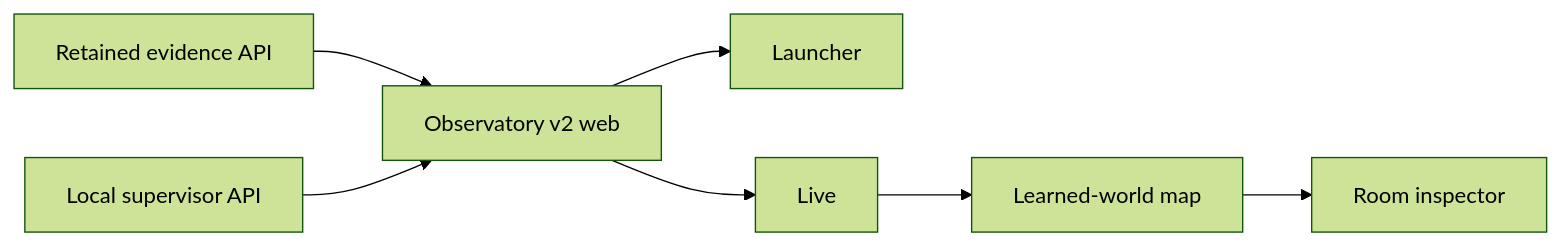
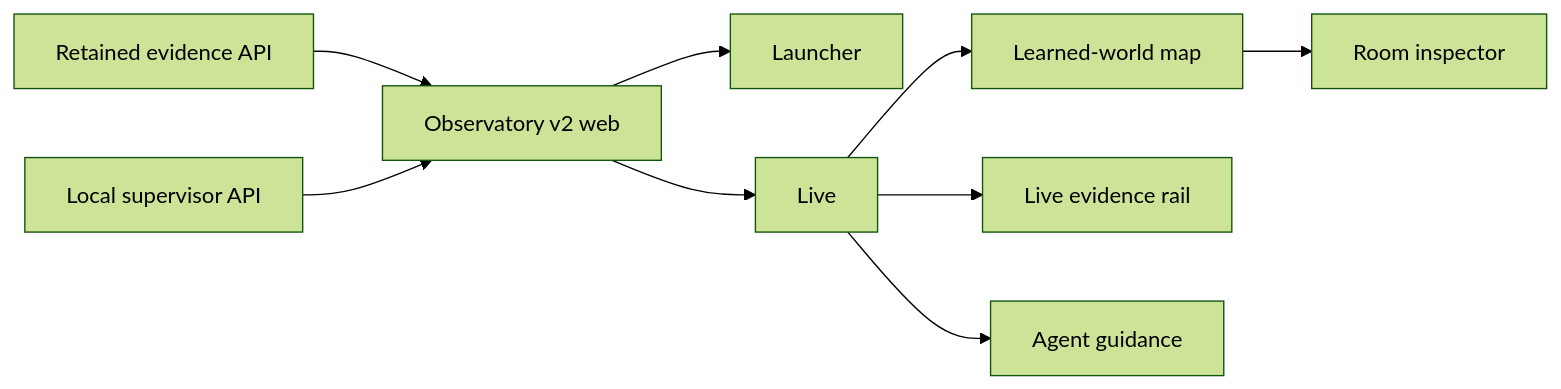
Before and after one commit to IbnouT/claude-code-camp-2026-Q2: the diagram in week2_capable/observatory_v2/README.md, drawn with Mermaid (forest theme). The commit also changed other lines of this file and 16 other files, not shown here.

Commit message:
Fill the Live evidence rail and add the combat panel

````diff
--- a/week2_capable/observatory_v2/README.md
+++ b/week2_capable/observatory_v2/README.md
@@ -10,9 +10,11 @@
 ```mermaid
 flowchart LR
     R["Retained evidence API"] --> W["Observatory v2 web"]
     S["Local supervisor API"] --> W
     W --> L["Launcher"]
     W --> V["Live"]
     V --> M["Learned-world map"]
+    V --> E["Live evidence rail"]
+    V --> C["Agent guidance"]
     M --> I["Room inspector"]
 ```
````
